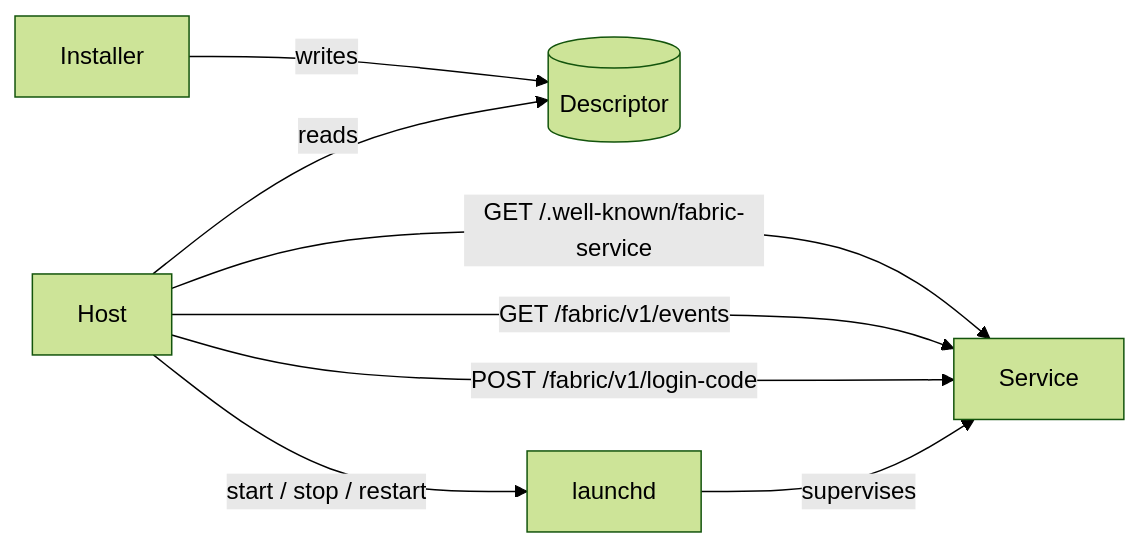
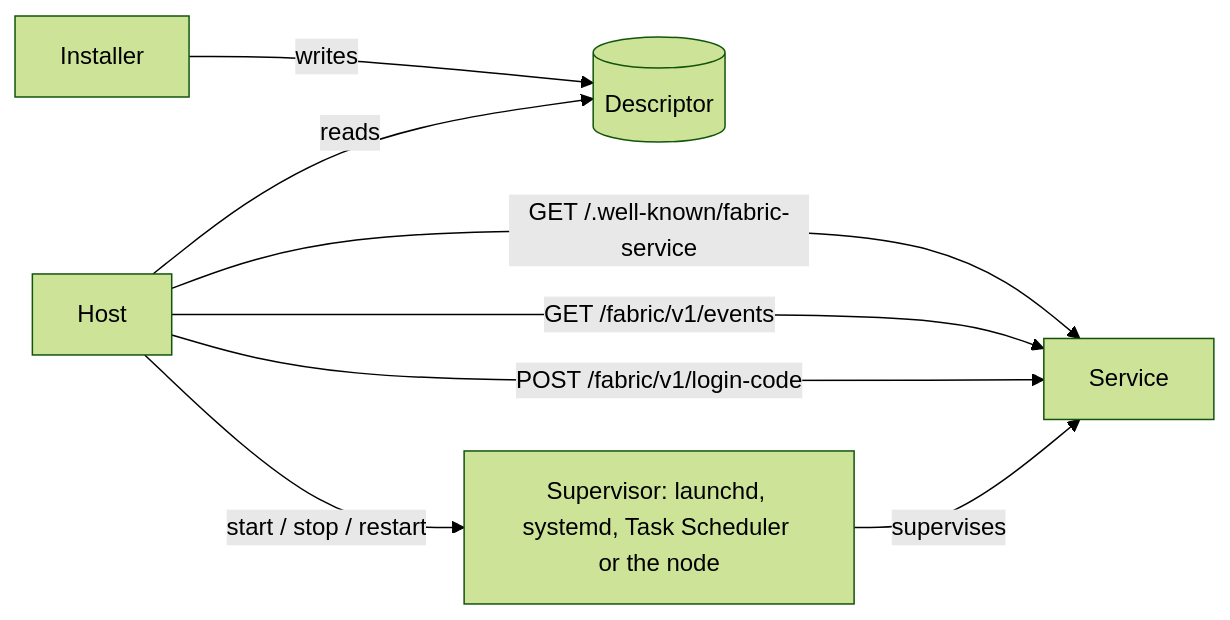
One commit to passioncode-ai/fabric-agent-contract changed the diagram in docs/specification/service.md. Above: the diagram before and after it, drawn with Mermaid (forest theme). The commit also changed other lines of this file and 41 other files, not shown here.

````diff
--- a/docs/specification/service.md
+++ b/docs/specification/service.md
@@ -33,10 +34,10 @@
 ```mermaid
 flowchart LR
   I[Installer] -- writes --> D[(Descriptor)]
   H[Host] -- reads --> D
   H -- GET /.well-known/fabric-service --> S[Service]
   H -- GET /fabric/v1/events --> S
   H -- POST /fabric/v1/login-code --> S
-  H -- start / stop / restart --> L[launchd]
+  H -- start / stop / restart --> L[Supervisor: launchd, systemd, Task Scheduler or the node]
   L -- supervises --> S
 ```
````
